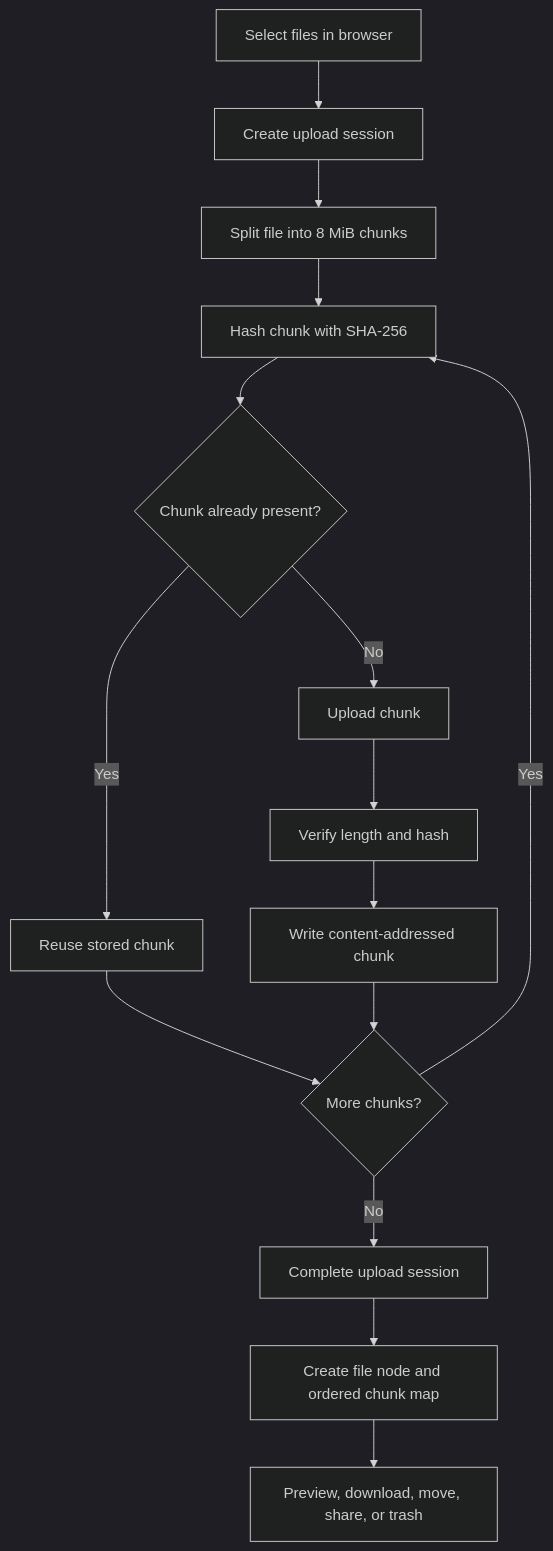
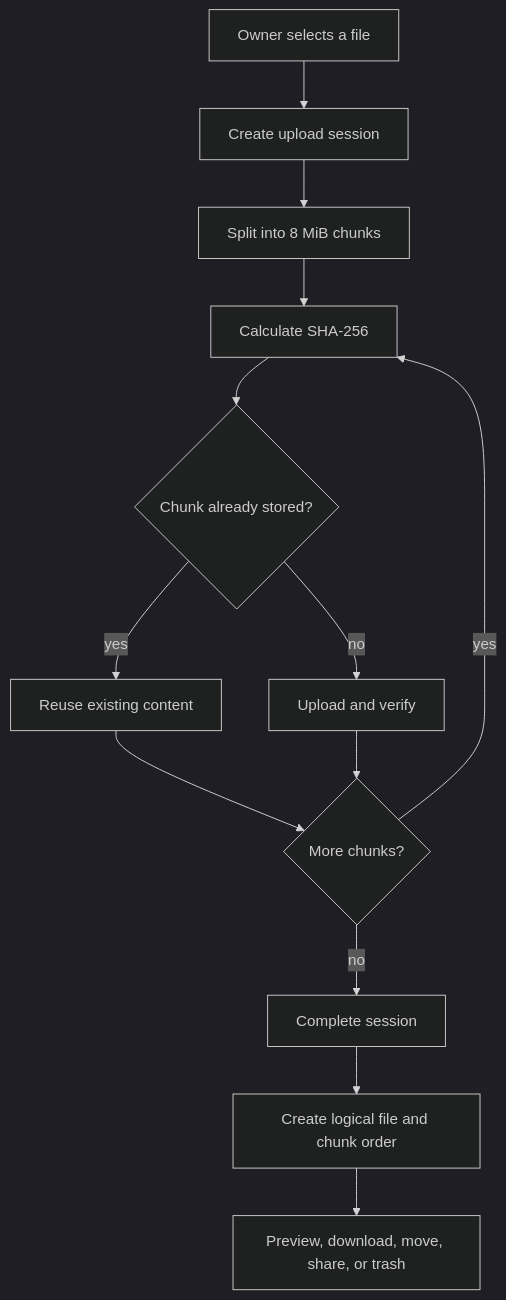
Before and after one commit to iyantama9/NAS-Orangepi4A: the diagram in README.md, drawn with Mermaid (dark theme). The commit also changed other lines of this file and 14 other files, not shown here.

````diff
--- a/README.md
+++ b/README.md
@@ -41,17 +42,15 @@
 ```mermaid
 flowchart TD
-    A[Select files in browser] --> B[Create upload session]
-    B --> C[Split file into 8 MiB chunks]
-    C --> D[Hash chunk with SHA-256]
-    D --> E{Chunk already present?}
-    E -->|Yes| F[Reuse stored chunk]
-    E -->|No| G[Upload chunk]
-    G --> H[Verify length and hash]
-    H --> I[Write content-addressed chunk]
-    F --> J{More chunks?}
-    I --> J
-    J -->|Yes| D
-    J -->|No| K[Complete upload session]
-    K --> L[Create file node and ordered chunk map]
-    L --> M[Preview, download, move, share, or trash]
+    A[Owner selects a file] --> B[Create upload session]
+    B --> C[Split into 8 MiB chunks]
+    C --> D[Calculate SHA-256]
+    D --> E{Chunk already stored?}
+    E -->|yes| F[Reuse existing content]
+    E -->|no| G[Upload and verify]
+    F --> H{More chunks?}
+    G --> H
+    H -->|yes| D
+    H -->|no| I[Complete session]
+    I --> J[Create logical file and chunk order]
+    J --> K[Preview, download, move, share, or trash]
 ```
````
